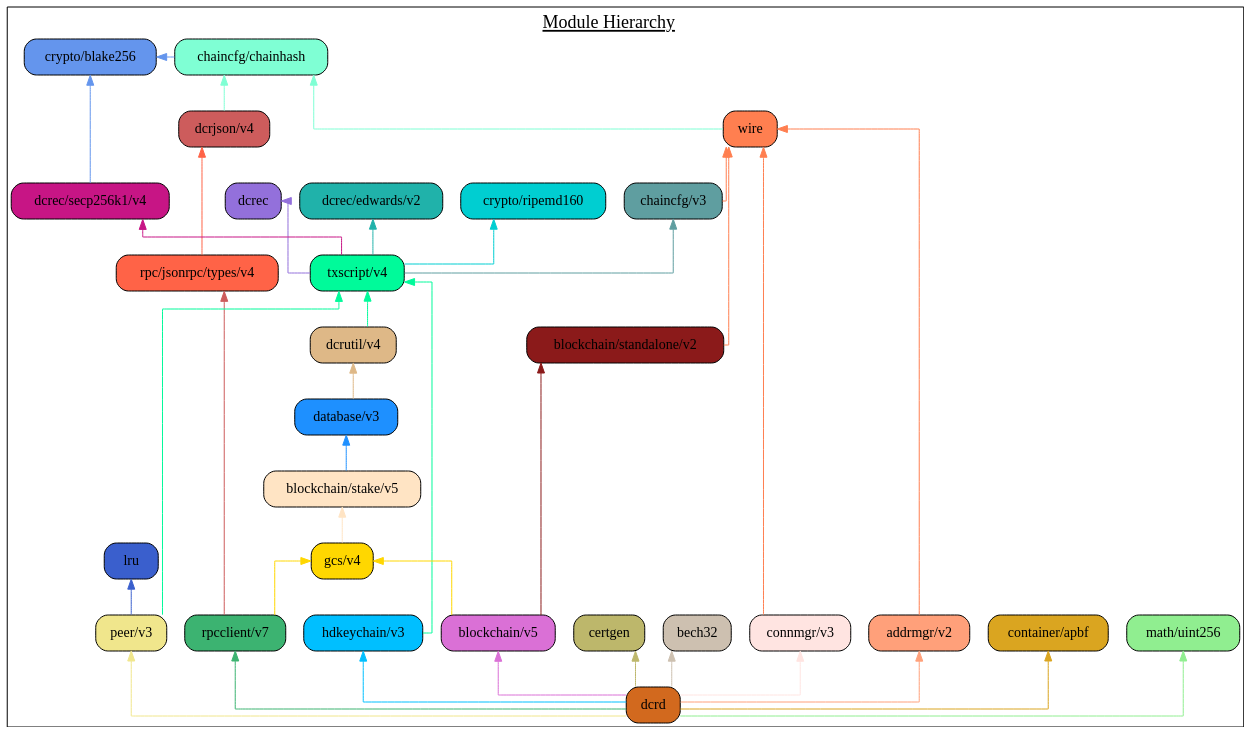
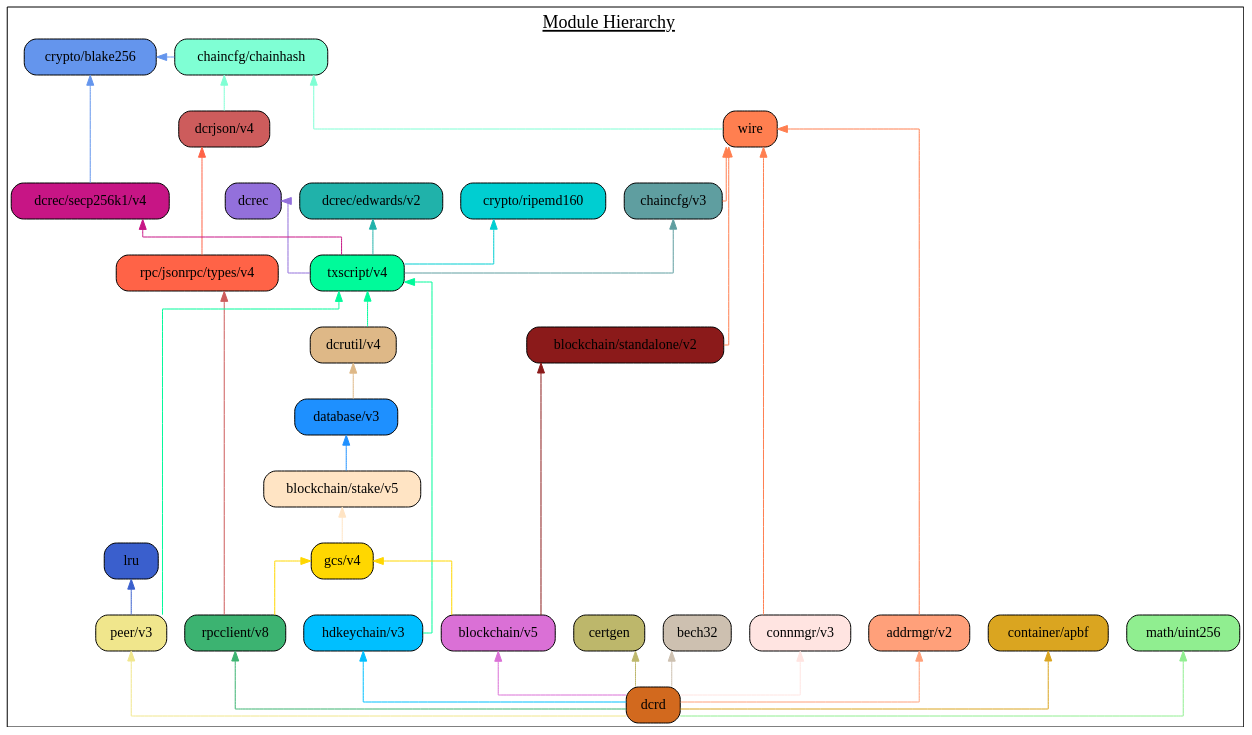
The diagram in docs/assets/module_hierarchy.gv (decred/dcrd), drawn with Graphviz before and after one commit. The commit also changed 4 other files, not shown here.

```diff
--- a/docs/assets/module_hierarchy.gv
+++ b/docs/assets/module_hierarchy.gv
@@ -1,77 +1,77 @@
 digraph {
 	graph [splines=ortho colorscheme=svg label=<<u>Module Hierarchy</u>> labelloc=t fontsize=18.0]
 	node [shape=box style="filled, rounded"]
 
 	blake256 [label="crypto/blake256" fillcolor=cornflowerblue]
 	ripemd160 [label="crypto/ripemd160" fillcolor=darkturquoise]
 	certgen [label="certgen" fillcolor=darkkhaki]
 	bech32 [label="bech32" fillcolor=antiquewhite3]
 	chainhash [label="chaincfg/chainhash" fillcolor=aquamarine]
 	dcrjson [label="dcrjson/v4" fillcolor=indianred]
 	types [label="rpc/jsonrpc/types/v4" fillcolor=tomato]
 	wire [label="wire" fillcolor=coral]
 	addrmgr [label="addrmgr/v2" fillcolor=lightsalmon]
 	chaincfg [label="chaincfg/v3" fillcolor=cadetblue]
 	connmgr [label="connmgr/v3" fillcolor=mistyrose]
 	dcrec [label="dcrec" fillcolor=mediumpurple]
 	edwards [label="dcrec/edwards/v2" fillcolor=lightseagreen]
 	secp256k1 [label="dcrec/secp256k1/v4" fillcolor=mediumvioletred]
 	dcrutil [label="dcrutil/v4" fillcolor=burlywood]
 	database [label="database/v3" fillcolor=dodgerblue]
 	hdkeychain [label="hdkeychain/v3" fillcolor=deepskyblue]
 	txscript [label="txscript/v4" fillcolor=mediumspringgreen]
 	stake [label="blockchain/stake/v5" fillcolor=bisque]
 	standalone [label="blockchain/standalone/v2" fillcolor=firebrick4]
 	gcs [label="gcs/v4" fillcolor=gold]
 	blockchain [label="blockchain/v5" fillcolor=orchid]
 	lru [label="lru" fillcolor=royalblue3]
 	peer [label="peer/v3" fillcolor=khaki]
-	rpcclient [label="rpcclient/v7" fillcolor=mediumseagreen]
+	rpcclient [label="rpcclient/v8" fillcolor=mediumseagreen]
 	apbf [label="container/apbf" fillcolor=goldenrod]
 	uint256  [label="math/uint256" fillcolor=lightgreen]
 	dcrd [label="dcrd" fillcolor=chocolate]
 
 	{rank=same blake256 chainhash}
 	{rank=same dcrec secp256k1}
 	{rank=same connmgr addrmgr hdkeychain peer blockchain rpcclient}
 
 	certgen
 	bech32
 	blake256 -> chainhash [dir=back color=cornflowerblue]
 	blake256 -> secp256k1 [dir=back color=cornflowerblue]
 	chaincfg -> txscript [dir=back color=cadetblue]
 	chainhash -> dcrjson [dir=back color=aquamarine]
 	chainhash -> wire [dir=back color=aquamarine]
 	wire -> addrmgr [dir=back color=coral]
 	wire -> chaincfg [dir=back color=coral]
 	wire -> connmgr [dir=back color=coral]
 	wire -> standalone [dir=back color=coral]
 	ripemd160 -> txscript [dir=back color=darkturquoise]
 	dcrec -> txscript [dir=back color=mediumpurple]
 	edwards -> txscript [dir=back color=lightseagreen]
 	secp256k1 -> txscript [dir=back color=mediumvioletred]
 	txscript -> dcrutil [dir=back color=mediumspringgreen]
 	txscript -> hdkeychain [dir=back color=mediumspringgreen]
 	txscript -> peer [dir=back color=mediumspringgreen]
 	dcrutil -> database [dir=back color=burlywood]
 	database -> stake [dir=back color=dodgerblue]
 	stake -> gcs [dir=back color=bisque]
 	standalone -> blockchain [dir=back color=firebrick4]
 	gcs -> blockchain [dir=back color=gold]
 	gcs -> rpcclient [dir=back color=gold]
 
 	lru -> peer [dir=back color=royalblue3]
 	dcrjson -> types [dir=back color=tomato]
 	types -> rpcclient [dir=back color=indianred]
 
 	blockchain -> dcrd [dir=back color=orchid]
 	certgen -> dcrd [dir=back color=darkkhaki]
 	bech32 -> dcrd [dir=back color=antiquewhite3]
 	addrmgr -> dcrd [dir=back color=lightsalmon]
 	hdkeychain -> dcrd [dir=back color=deepskyblue]
 	connmgr -> dcrd [dir=back color=mistyrose]
 	rpcclient -> dcrd [dir=back color=mediumseagreen]
 	peer -> dcrd [dir=back color=khaki]
 	apbf -> dcrd [dir=back color=goldenrod]
 	uint256 -> dcrd [dir=back color=lightgreen]
 }
```
